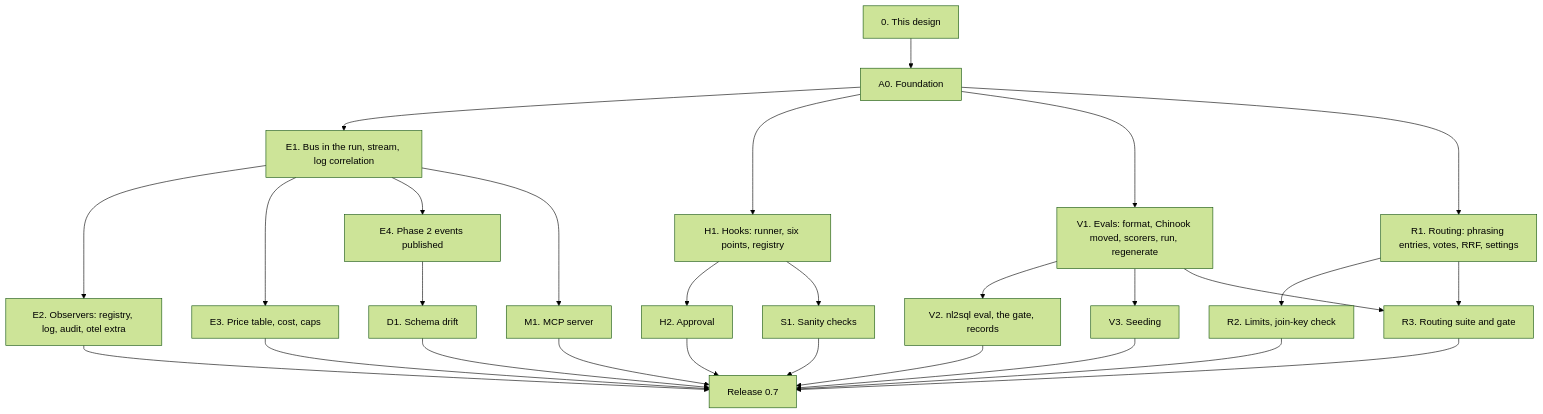
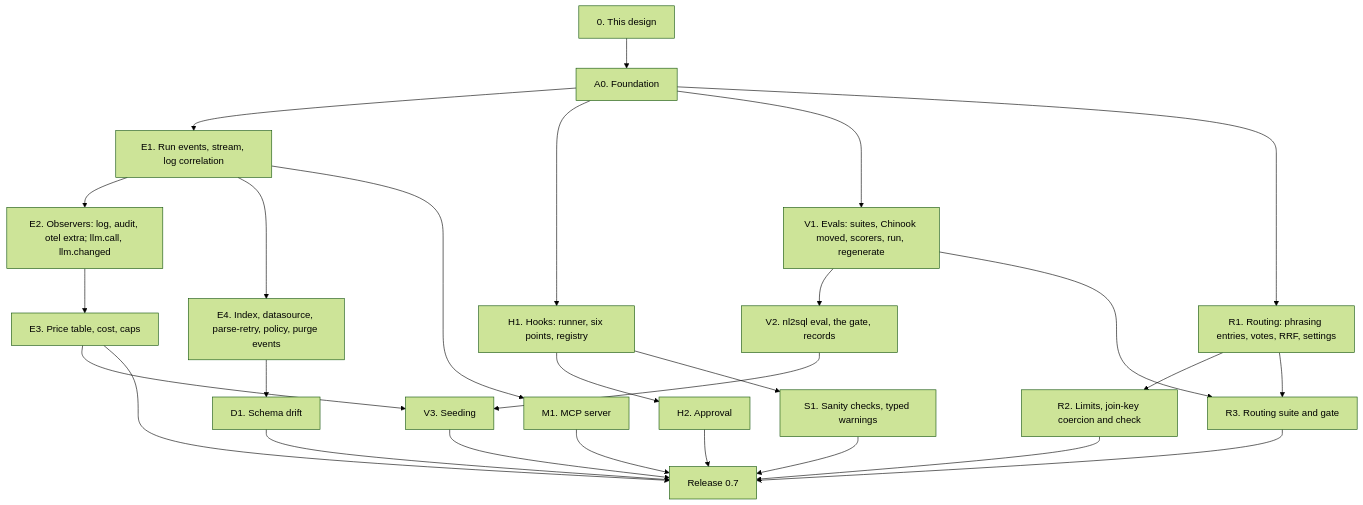
The third of 3 diagrams in docs/architecture/wave_a.md (nadeem4/nl2sql), drawn with Mermaid (forest theme) before and after one commit. The commit also changed other lines of this file, not shown here.

First line of the commit message:
docs(architecture): Wave A design, review fixes

````diff
--- a/docs/architecture/wave_a.md
+++ b/docs/architecture/wave_a.md
@@ -1135,30 +1291,29 @@
 ```mermaid
 flowchart TD
   D["0. This design"] --> A0["A0. Foundation"]
-  A0 --> E1["E1. Bus in the run, stream, log correlation"]
+  A0 --> E1["E1. Run events, stream, log correlation"]
   A0 --> H1["H1. Hooks: runner, six points, registry"]
-  A0 --> V1["V1. Evals: format, Chinook moved, scorers, run, regenerate"]
+  A0 --> V1["V1. Evals: suites, Chinook moved, scorers, run, regenerate"]
   A0 --> R1["R1. Routing: phrasing entries, votes, RRF, settings"]
-  E1 --> E2["E2. Observers: registry, log, audit, otel extra"]
-  E1 --> E3["E3. Price table, cost, caps"]
-  E1 --> E4["E4. Phase 2 events published"]
+  E1 --> E2["E2. Observers: log, audit, otel extra; llm.call, llm.changed"]
   H1 --> H2["H2. Approval"]
   V1 --> V2["V2. nl2sql eval, the gate, records"]
-  V1 --> V3["V3. Seeding"]
-  R1 --> R2["R2. Limits, join-key check"]
+  R1 --> R2["R2. Limits, join-key coercion and check"]
+  E2 --> E3["E3. Price table, cost, caps"]
+  E1 --> E4["E4. Index, datasource, parse-retry, policy, purge events"]
   V1 --> R3["R3. Routing suite and gate"]
   R1 --> R3
+  V2 --> V3["V3. Seeding"]
+  E3 --> V3
   E4 --> D1["D1. Schema drift"]
-  H1 --> S1["S1. Sanity checks"]
+  H1 --> S1["S1. Sanity checks, typed warnings"]
   E1 --> M1["M1. MCP server"]
-  E2 --> REL["Release 0.7"]
-  E3 --> REL
+  E3 --> REL["Release 0.7"]
   H2 --> REL
-  V2 --> REL
-  V3 --> REL
   R2 --> REL
   R3 --> REL
+  V3 --> REL
   D1 --> REL
   S1 --> REL
   M1 --> REL
 ```
````
